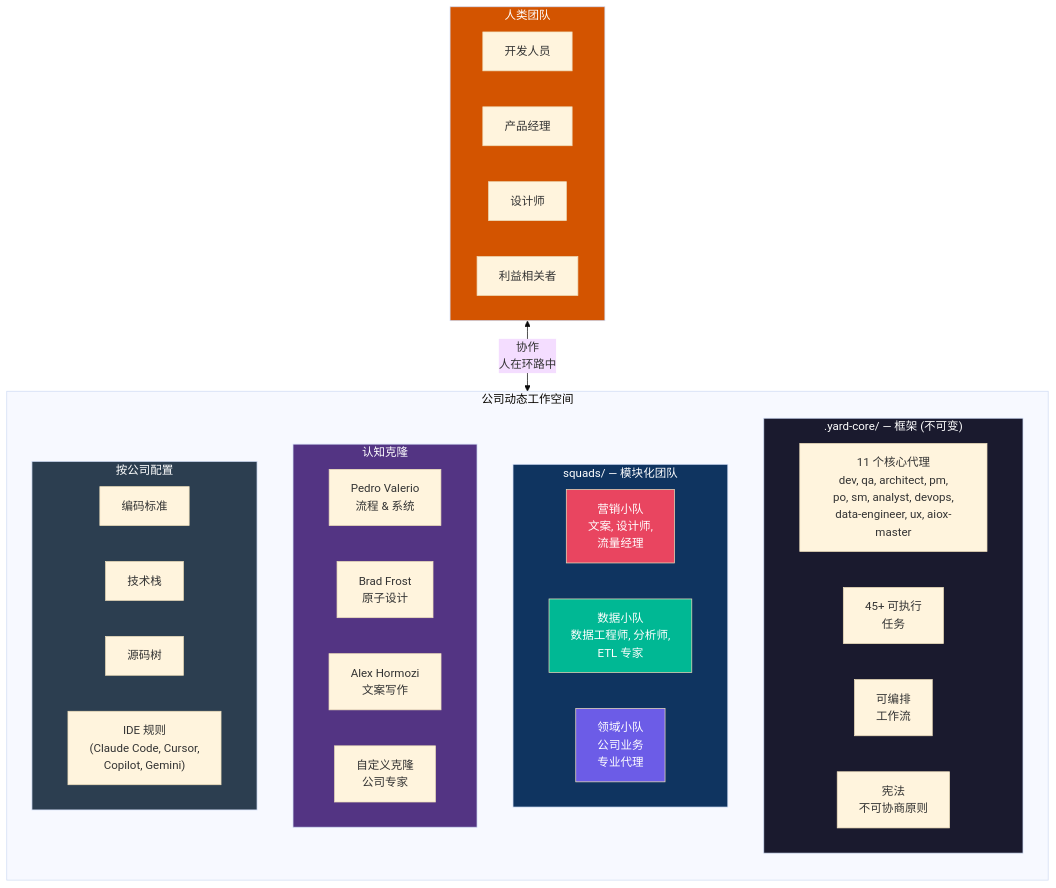
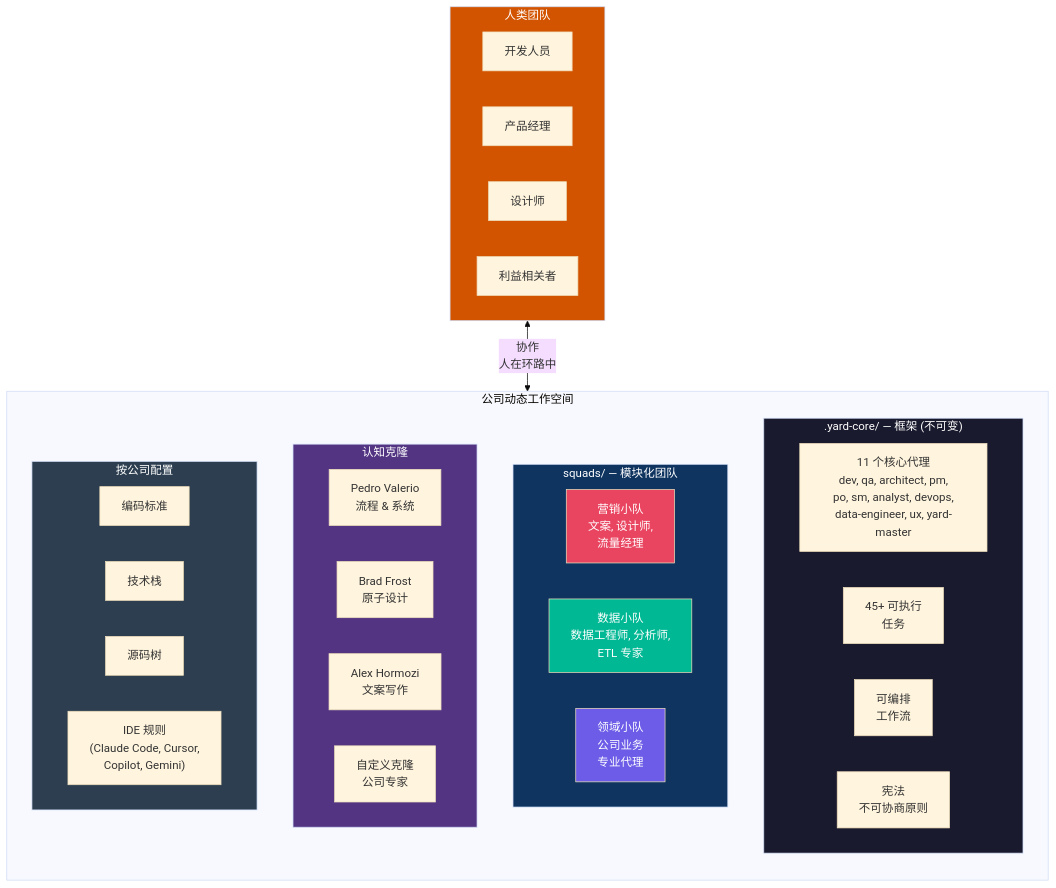
Before and after one commit to ernesto-langa/yard-core: the eighth of 12 diagrams in docs/zh/architecture/AIOX-VISUAL-OVERVIEW.md, drawn with Mermaid (base theme). The commit also changed other lines of this file and 529 other files, not shown here.

````diff
--- a/docs/zh/architecture/AIOX-VISUAL-OVERVIEW.md
+++ b/docs/zh/architecture/AIOX-VISUAL-OVERVIEW.md
@@ -335,51 +335,51 @@
 ```mermaid
 flowchart TB
     subgraph WS["公司动态工作空间"]
         direction TB
 
         subgraph FRAMEWORK[".yard-core/ — 框架 (不可变)"]
-            AGENTS_CORE["11 个核心代理<br/>dev, qa, architect, pm,<br/>po, sm, analyst, devops,<br/>data-engineer, ux, aiox-master"]
+            AGENTS_CORE["11 个核心代理<br/>dev, qa, architect, pm,<br/>po, sm, analyst, devops,<br/>data-engineer, ux, yard-master"]
             TASKS_CORE["45+ 可执行<br/>任务"]
             WORKFLOWS["可编排<br/>工作流"]
             CONSTITUTION["宪法<br/>不可协商原则"]
         end
 
         subgraph SQUADS["squads/ — 模块化团队"]
             SQ1["营销小队<br/>文案, 设计师,<br/>流量经理"]
             SQ2["数据小队<br/>数据工程师, 分析师,<br/>ETL 专家"]
             SQ3["领域小队<br/>公司业务<br/>专业代理"]
         end
 
         subgraph MINDS["认知克隆"]
             M1["Pedro Valerio<br/>流程 & 系统"]
             M2["Brad Frost<br/>原子设计"]
             M3["Alex Hormozi<br/>文案写作"]
             M4["自定义克隆<br/>公司专家"]
         end
 
         subgraph CONFIG["按公司配置"]
             CS["编码标准"]
             TS["技术栈"]
             ST["源码树"]
             IDE["IDE 规则<br/>(Claude Code, Cursor,<br/>Copilot, Gemini)"]
         end
     end
 
     subgraph HUMANS["人类团队"]
         DEV_H["开发人员"]
         PM_H["产品经理"]
         DESIGN_H["设计师"]
         STAKEHOLDERS["利益相关者"]
     end
 
     HUMANS <-->|"协作<br/>人在环路中"| WS
 
     style FRAMEWORK fill:#1a1a2e,color:#fff
     style SQUADS fill:#0f3460,color:#fff
     style MINDS fill:#533483,color:#fff
     style CONFIG fill:#2c3e50,color:#fff
     style HUMANS fill:#d35400,color:#fff
     style SQ1 fill:#e94560,color:#fff
     style SQ2 fill:#00b894,color:#fff
     style SQ3 fill:#6c5ce7,color:#fff
 ```
````
